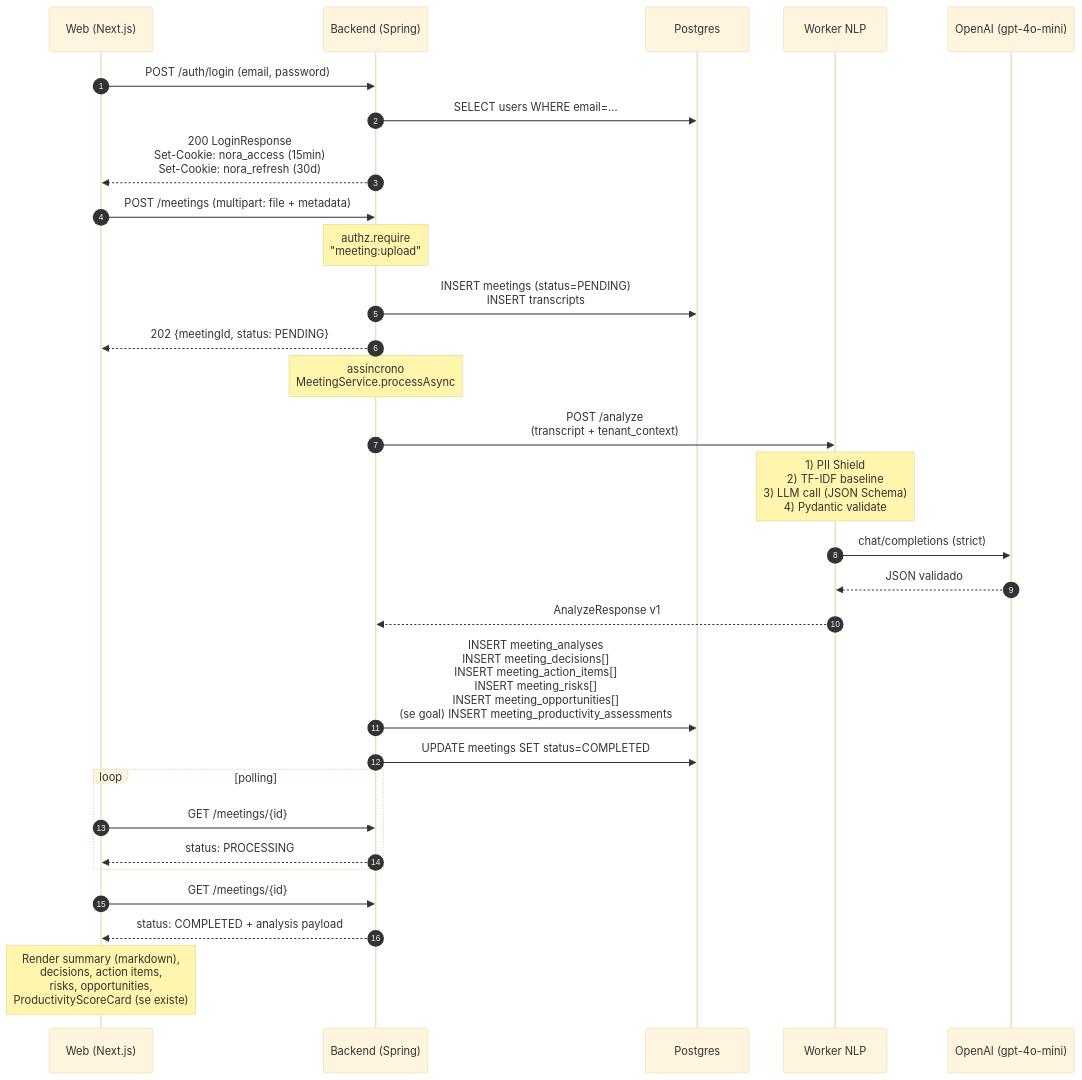
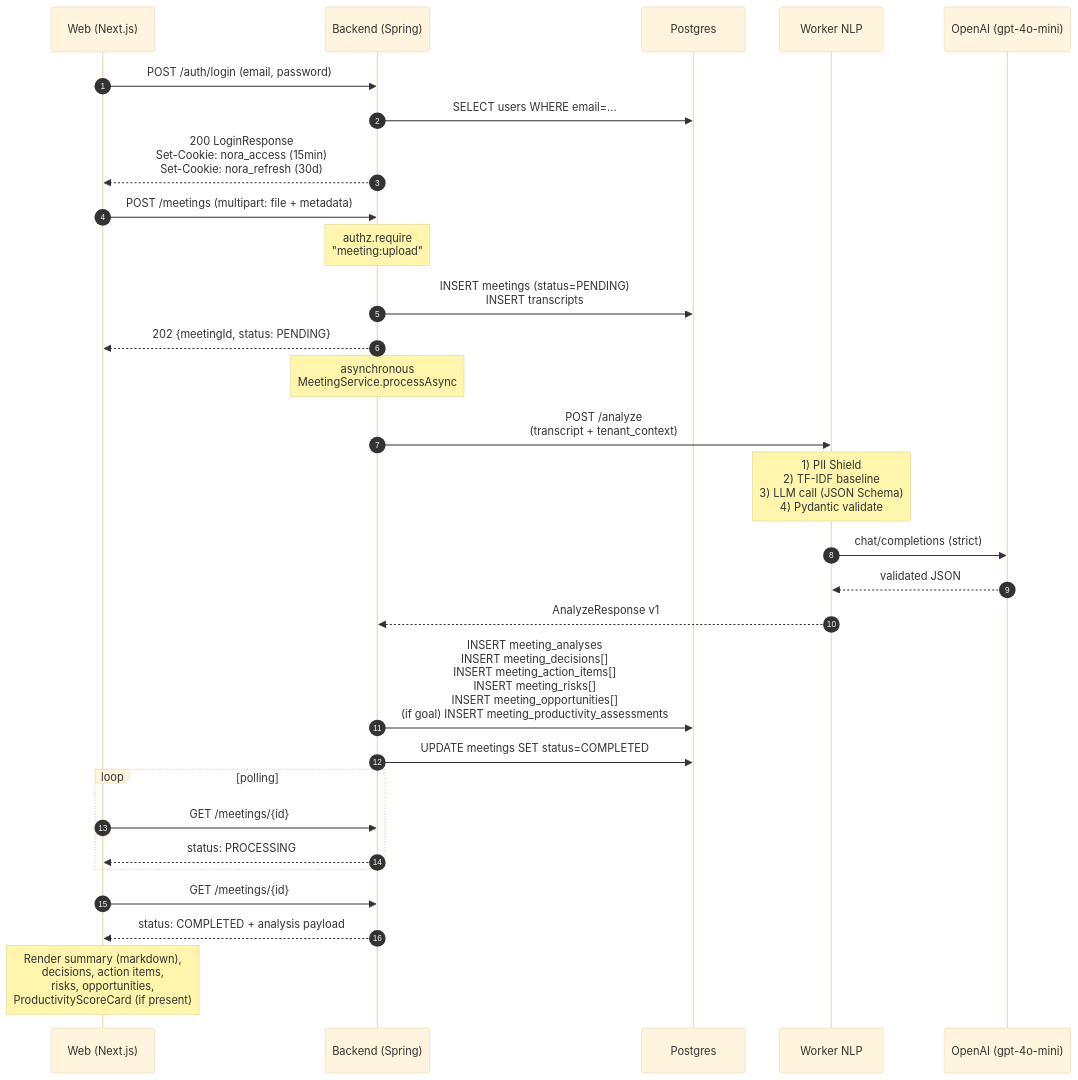
Before and after one commit to sf0rzin/nora: the diagram in docs/engineering/architecture.md, drawn with Mermaid (base theme). The commit also changed other lines of this file and 95 other files, not shown here.

````diff
--- a/docs/engineering/architecture.md
+++ b/docs/engineering/architecture.md
@@ -394,37 +366,37 @@
 ```mermaid
 sequenceDiagram
     autonumber
     participant Web as Web (Next.js)
     participant API as Backend (Spring)
     participant DB as Postgres
     participant Worker as Worker NLP
     participant LLM as OpenAI (gpt-4o-mini)
 
     Web->>API: POST /auth/login (email, password)
     API->>DB: SELECT users WHERE email=...
     API-->>Web: 200 LoginResponse<br/>Set-Cookie: nora_access (15min)<br/>Set-Cookie: nora_refresh (30d)
 
     Web->>API: POST /meetings (multipart: file + metadata)
     Note over API: authz.require<br/>"meeting:upload"
     API->>DB: INSERT meetings (status=PENDING)<br/>INSERT transcripts
     API-->>Web: 202 {meetingId, status: PENDING}
 
-    Note over API: assíncrono<br/>MeetingService.processAsync
+    Note over API: asynchronous<br/>MeetingService.processAsync
     API->>Worker: POST /analyze<br/>(transcript + tenant_context)
     Note over Worker: 1) PII Shield<br/>2) TF-IDF baseline<br/>3) LLM call (JSON Schema)<br/>4) Pydantic validate
     Worker->>LLM: chat/completions (strict)
-    LLM-->>Worker: JSON validado
+    LLM-->>Worker: validated JSON
     Worker-->>API: AnalyzeResponse v1
 
-    API->>DB: INSERT meeting_analyses<br/>INSERT meeting_decisions[]<br/>INSERT meeting_action_items[]<br/>INSERT meeting_risks[]<br/>INSERT meeting_opportunities[]<br/>(se goal) INSERT meeting_productivity_assessments
+    API->>DB: INSERT meeting_analyses<br/>INSERT meeting_decisions[]<br/>INSERT meeting_action_items[]<br/>INSERT meeting_risks[]<br/>INSERT meeting_opportunities[]<br/>(if goal) INSERT meeting_productivity_assessments
     API->>DB: UPDATE meetings SET status=COMPLETED
 
     loop polling
         Web->>API: GET /meetings/{id}
         API-->>Web: status: PROCESSING
     end
 
     Web->>API: GET /meetings/{id}
     API-->>Web: status: COMPLETED + analysis payload
-    Note over Web: Render summary (markdown),<br/>decisions, action items,<br/>risks, opportunities,<br/>ProductivityScoreCard (se existe)
+    Note over Web: Render summary (markdown),<br/>decisions, action items,<br/>risks, opportunities,<br/>ProductivityScoreCard (if present)
 ```
````
